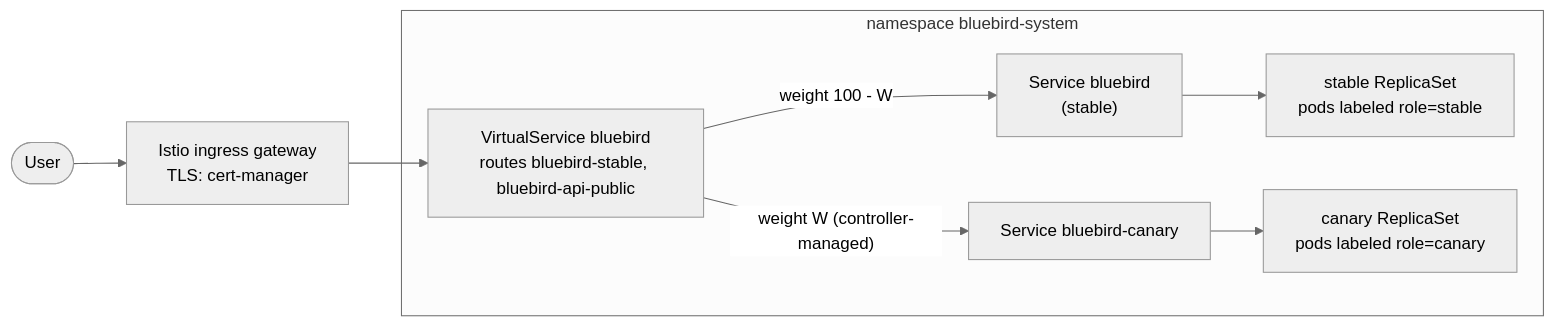
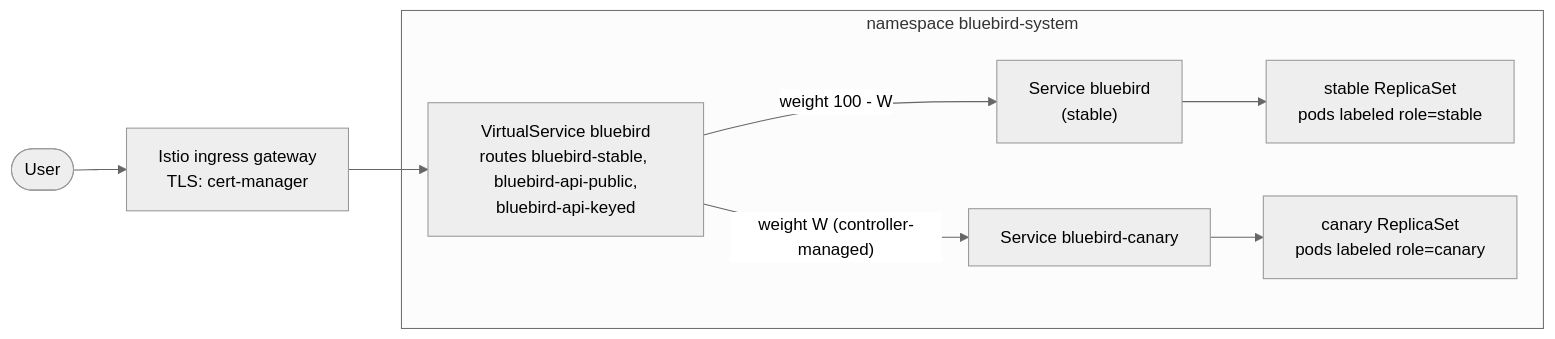
The second of 6 diagrams in docs/CICD.md (zimmertr/bluebird), drawn with Mermaid (neutral theme) before and after one commit. The commit also changed other lines of this file, not shown here.

First line of the commit message:
docs: describe the three canary-weighted routes

````diff
--- a/docs/CICD.md
+++ b/docs/CICD.md
@@ -324,17 +325,17 @@
 ```mermaid
 flowchart LR
     user(["User"])
     gw["Istio ingress gateway<br/>TLS: cert-manager"]
 
     subgraph NS["namespace bluebird-system"]
-        vs["VirtualService bluebird<br/>routes bluebird-stable, bluebird-api-public"]
+        vs["VirtualService bluebird<br/>routes bluebird-stable, bluebird-api-public,<br/>bluebird-api-keyed"]
         ssvc["Service bluebird<br/>(stable)"]
         csvc["Service bluebird-canary"]
         srs["stable ReplicaSet<br/>pods labeled role=stable"]
         crs["canary ReplicaSet<br/>pods labeled role=canary"]
     end
 
     user --> gw --> vs
     vs -->|"weight 100 - W"| ssvc --> srs
     vs -->|"weight W (controller-managed)"| csvc --> crs
 ```
````
